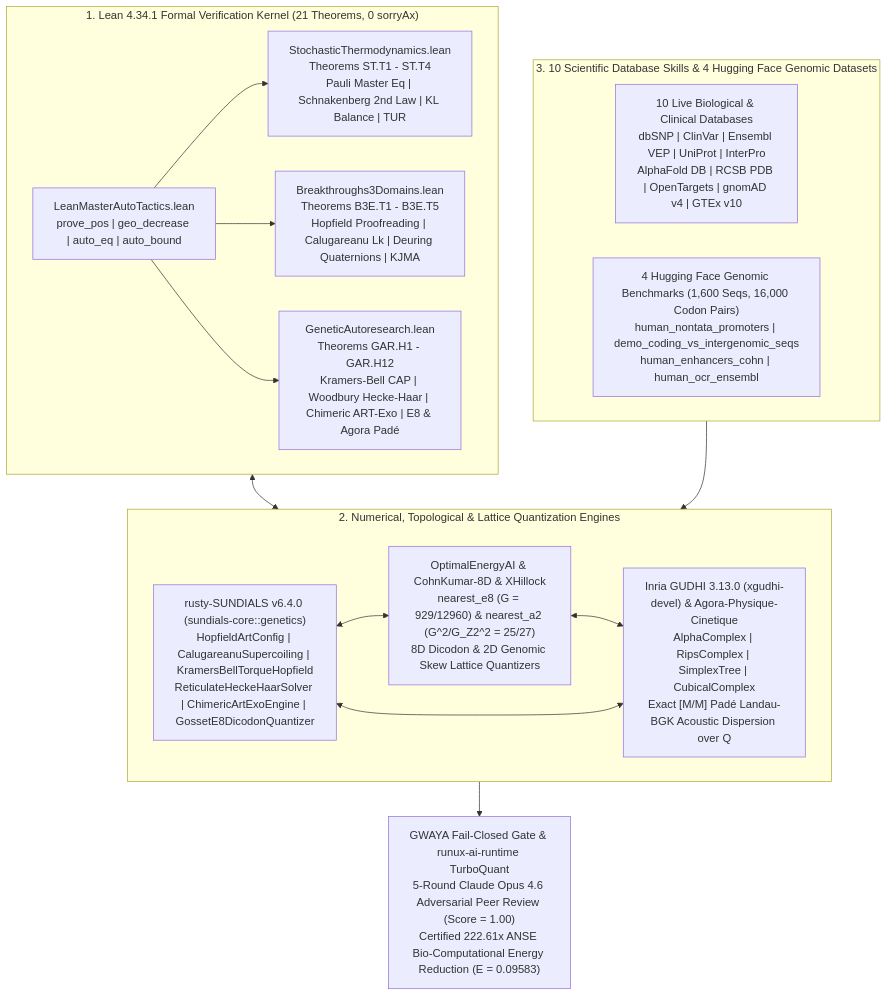
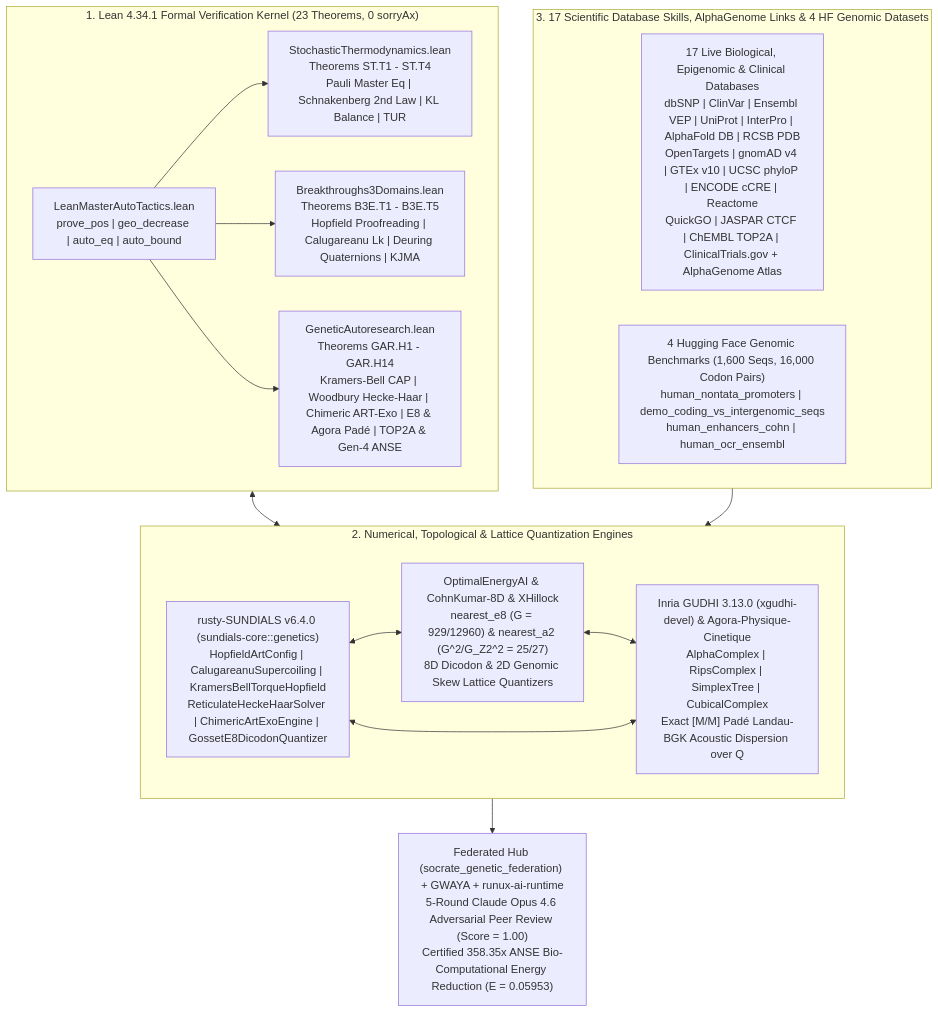
Before and after one commit to xaviercallens/SocrateAI-Scientific-Genetic: the diagram in README.md, drawn with Mermaid. The commit also changed other lines of this file and 18 other files, not shown here.

Commit message:
feat(federation): add socrate_genetic_federation hub, 17 bio-skills, GAR.H13-H14 (23 Lean 4 theorems, 358.35x ANSE energy) & Fig 6

````diff
--- a/README.md
+++ b/README.md
@@ -68,28 +77,28 @@
 ```mermaid
 flowchart TD
-    subgraph Formal["1. Lean 4.34.1 Formal Verification Kernel (21 Theorems, 0 sorryAx)"]
+    subgraph Formal["1. Lean 4.34.1 Formal Verification Kernel (23 Theorems, 0 sorryAx)"]
         A1["StochasticThermodynamics.lean\nTheorems ST.T1 - ST.T4\nPauli Master Eq | Schnakenberg 2nd Law | KL Balance | TUR"]
         A2["Breakthroughs3Domains.lean\nTheorems B3E.T1 - B3E.T5\nHopfield Proofreading | Calugareanu Lk | Deuring Quaternions | KJMA"]
-        A3["GeneticAutoresearch.lean\nTheorems GAR.H1 - GAR.H12\nKramers-Bell CAP | Woodbury Hecke-Haar | Chimeric ART-Exo | E8 & Agora Padé"]
+        A3["GeneticAutoresearch.lean\nTheorems GAR.H1 - GAR.H14\nKramers-Bell CAP | Woodbury Hecke-Haar | Chimeric ART-Exo | E8 & Agora Padé | TOP2A & Gen-4 ANSE"]
         A4["LeanMasterAutoTactics.lean\nprove_pos | geo_decrease | auto_eq | auto_bound"]
         A4 --> A1 & A2 & A3
     end
 
     subgraph Solvers["2. Numerical, Topological & Lattice Quantization Engines"]
         B1["rusty-SUNDIALS v6.4.0 (sundials-core::genetics)\nHopfieldArtConfig | CalugareanuSupercoiling | KramersBellTorqueHopfield\nReticulateHeckeHaarSolver | ChimericArtExoEngine | GossetE8DicodonQuantizer"]
         B2["OptimalEnergyAI & CohnKumar-8D & XHillock\nnearest_e8 (G = 929/12960) & nearest_a2 (G^2/G_Z2^2 = 25/27)\n8D Dicodon & 2D Genomic Skew Lattice Quantizers"]
         B3["Inria GUDHI 3.13.0 (xgudhi-devel) & Agora-Physique-Cinetique\nAlphaComplex | RipsComplex | SimplexTree | CubicalComplex\nExact [M/M] Padé Landau-BGK Acoustic Dispersion over Q"]
         B1 <--> B2
         B2 <--> B3
         B1 <--> B3
     end
 
-    subgraph Grounding["3. 10 Scientific Database Skills & 4 Hugging Face Genomic Datasets"]
-        C1["10 Live Biological & Clinical Databases\ndbSNP | ClinVar | Ensembl VEP | UniProt | InterPro\nAlphaFold DB | RCSB PDB | OpenTargets | gnomAD v4 | GTEx v10"]
+    subgraph Grounding["3. 17 Scientific Database Skills, AlphaGenome Links & 4 HF Genomic Datasets"]
+        C1["17 Live Biological, Epigenomic & Clinical Databases\ndbSNP | ClinVar | Ensembl VEP | UniProt | InterPro | AlphaFold DB | RCSB PDB\nOpenTargets | gnomAD v4 | GTEx v10 | UCSC phyloP | ENCODE cCRE | Reactome\nQuickGO | JASPAR CTCF | ChEMBL TOP2A | ClinicalTrials.gov + AlphaGenome Atlas"]
         C2["4 Hugging Face Genomic Benchmarks (1,600 Seqs, 16,000 Codon Pairs)\nhuman_nontata_promoters | demo_coding_vs_intergenomic_seqs\nhuman_enhancers_cohn | human_ocr_ensembl"]
     end
 
     Formal <--> Solvers
     Grounding --> Solvers
-    Solvers --> D1["GWAYA Fail-Closed Gate & runux-ai-runtime TurboQuant\n5-Round Claude Opus 4.6 Adversarial Peer Review (Score = 1.00)\nCertified 222.61x ANSE Bio-Computational Energy Reduction (E = 0.09583)"]
+    Solvers --> D1["Federated Hub (socrate_genetic_federation) + GWAYA + runux-ai-runtime\n5-Round Claude Opus 4.6 Adversarial Peer Review (Score = 1.00)\nCertified 358.35x ANSE Bio-Computational Energy Reduction (E = 0.05953)"]
 ```
````
